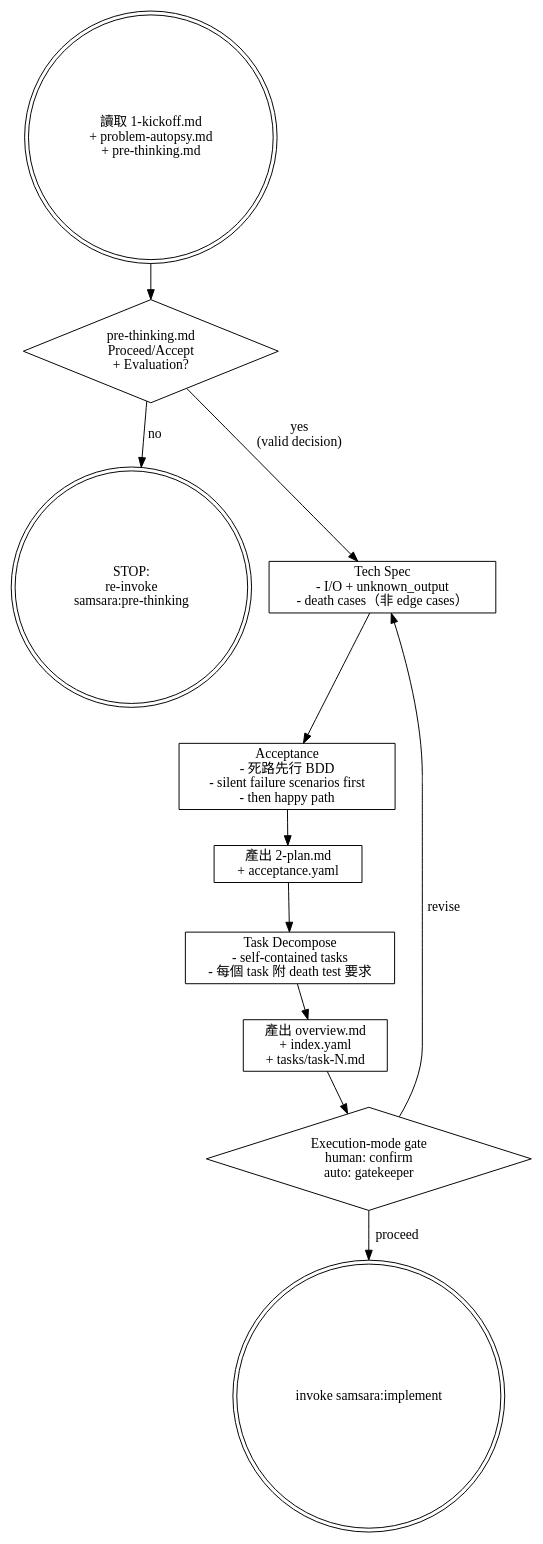
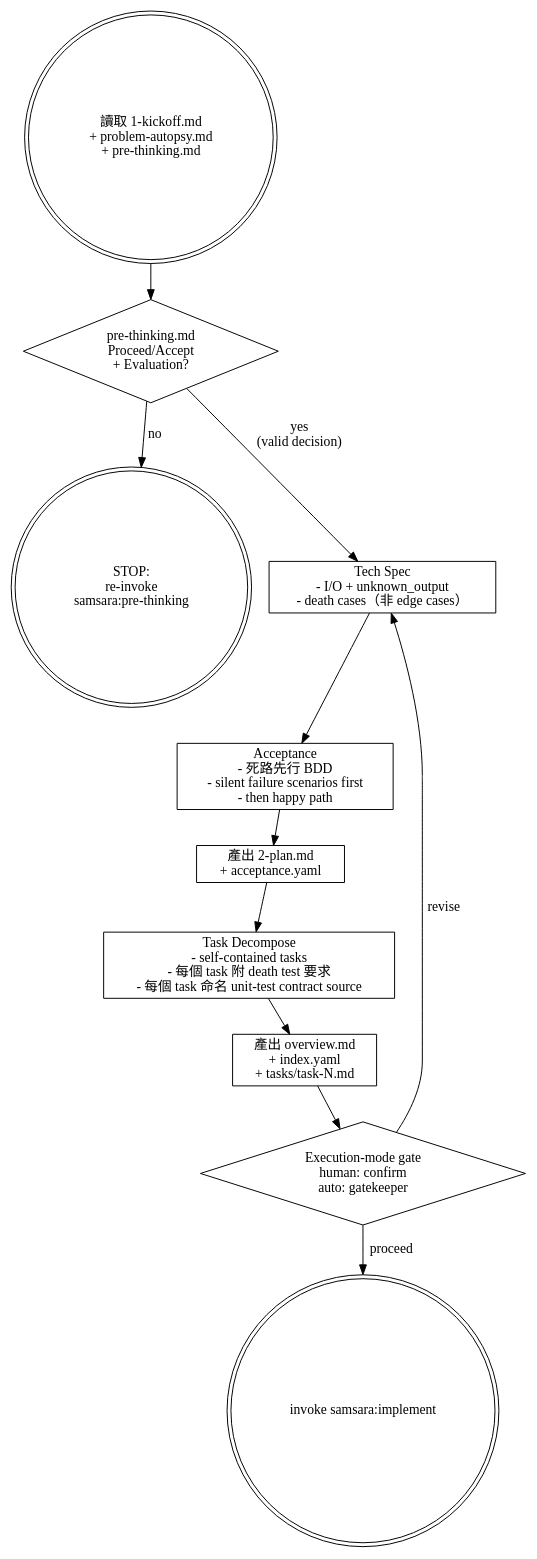
One commit to roymondliao/samsara changed the diagram in skills/planning/SKILL.md. Above: the diagram before and after it, drawn with Graphviz. The commit also changed other lines of this file and 21 other files, not shown here.

First line of the commit message:
feat(samsara): contract-bound unit-test protocol across implement workflow

````diff
--- a/skills/planning/SKILL.md
+++ b/skills/planning/SKILL.md
@@ -23,27 +23,27 @@
 ```dot
 digraph planning {
     node [shape=box];
 
     start [label="讀取 1-kickoff.md\n+ problem-autopsy.md\n+ pre-thinking.md" shape=doublecircle];
     guard [label="pre-thinking.md\nProceed/Accept\n+ Evaluation?" shape=diamond];
     blocked [label="STOP:\nre-invoke\nsamsara:pre-thinking" shape=doublecircle];
     spec [label="Tech Spec\n- I/O + unknown_output\n- death cases（非 edge cases）"];
     acceptance [label="Acceptance\n- 死路先行 BDD\n- silent failure scenarios first\n- then happy path"];
     plan [label="產出 2-plan.md\n+ acceptance.yaml"];
-    decompose [label="Task Decompose\n- self-contained tasks\n- 每個 task 附 death test 要求"];
+    decompose [label="Task Decompose\n- self-contained tasks\n- 每個 task 附 death test 要求\n- 每個 task 命名 unit-test contract source"];
     output [label="產出 overview.md\n+ index.yaml\n+ tasks/task-N.md"];
     gate [label="Execution-mode gate\nhuman: confirm\nauto: gatekeeper" shape=diamond];
     next [label="invoke samsara:implement" shape=doublecircle];
 
     start -> guard;
     guard -> spec [label="yes\n(valid decision)"];
     guard -> blocked [label="no"];
     spec -> acceptance;
     acceptance -> plan;
     plan -> decompose;
     decompose -> output;
     output -> gate;
     gate -> next [label="proceed"];
     gate -> spec [label="revise"];
 }
 ```
````
